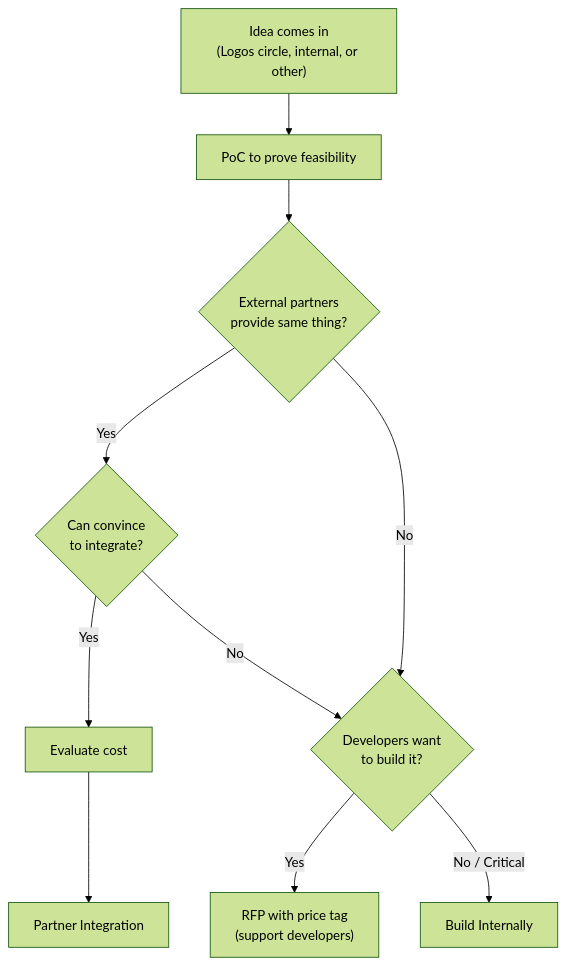
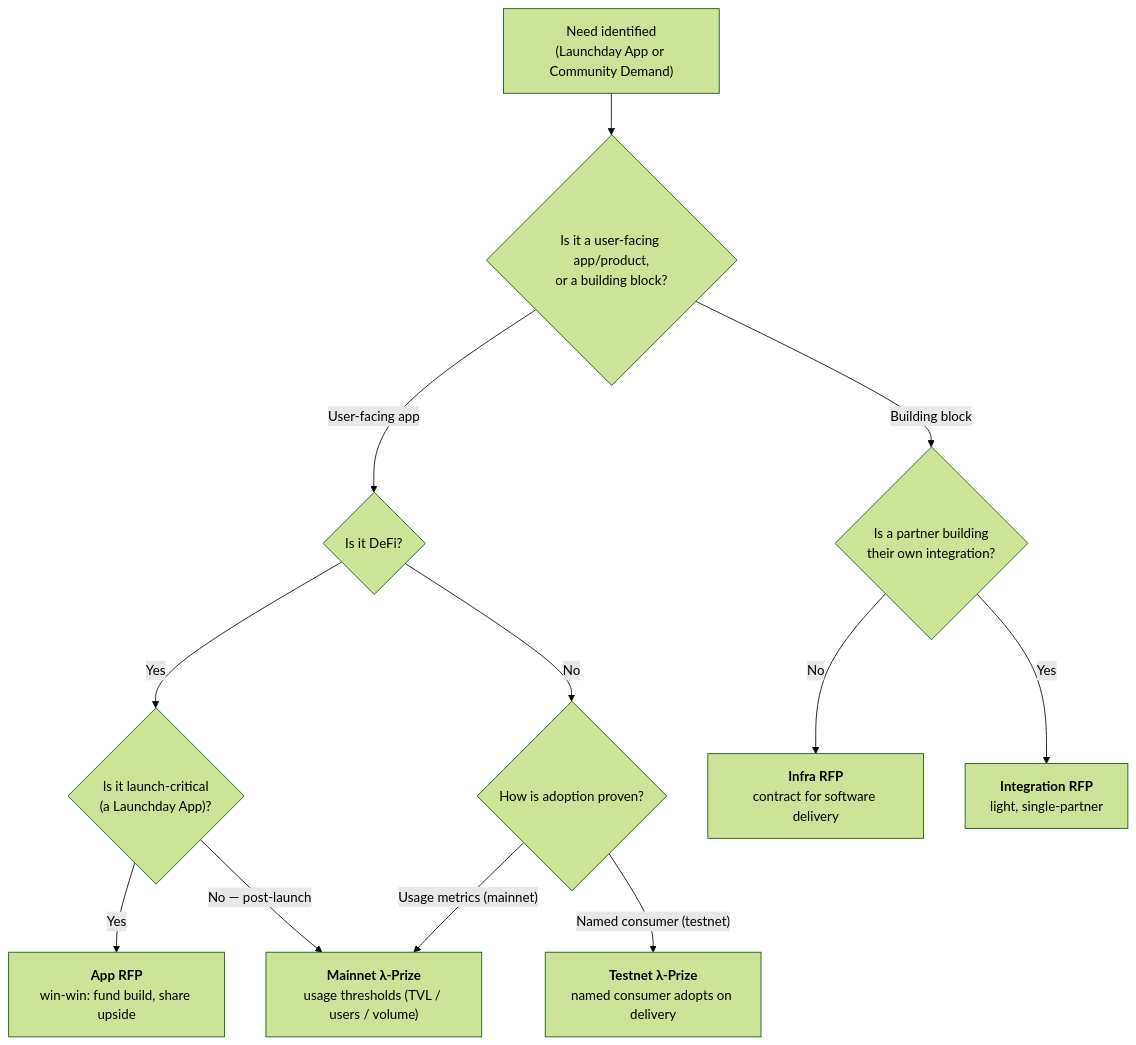
Before and after one commit to logos-co/ecosystem: the diagram in content/index.md, drawn with Mermaid (forest theme). The commit also changed other lines of this file and 2 other files, not shown here.

First line of the commit message:
Rewrite λ-Prize vs RFP model; trim and refocus homepage

````diff
--- a/content/index.md
+++ b/content/index.md
@@ -127,22 +152,27 @@
 ```mermaid
 flowchart TD
-    START["Idea comes in<br/>(Logos circle, internal, or other)"]
-    POC["PoC to prove feasibility"]
-    PARTNER{"External partners<br/>provide same thing?"}
-    CONVINCE{"Can convince<br/>to integrate?"}
-    COST["Evaluate cost"]
-    INTEGRATE["Partner Integration"]
-    DEV_INTEREST{"Developers want<br/>to build it?"}
-    RFP["RFP with price tag<br/>(support developers)"]
-    INTERNAL["Build Internally"]
+    START["Need identified<br/>(Launchday App or Community Demand)"]
+    KIND{"Is it a user-facing app/product,<br/>or a building block?"}
+    PARTNER{"Is a partner building<br/>their own integration?"}
+    DEFI{"Is it DeFi?"}
+    LAUNCHCRIT{"Is it launch-critical<br/>(a Launchday App)?"}
+    STAGE{"How is adoption proven?"}
 
-    START --> POC
-    POC --> PARTNER
-    PARTNER -->|Yes| CONVINCE
-    PARTNER -->|No| DEV_INTEREST
-    CONVINCE -->|Yes| COST
-    CONVINCE -->|No| DEV_INTEREST
-    COST --> INTEGRATE
-    DEV_INTEREST -->|Yes| RFP
-    DEV_INTEREST -->|No / Critical| INTERNAL
+    INFRA_RFP["<b>Infra RFP</b><br/>contract for software delivery"]
+    INT_RFP["<b>Integration RFP</b><br/>light, single-partner"]
+    APP_RFP["<b>App RFP</b><br/>win-win: fund build, share upside"]
+    TESTNET_LP["<b>Testnet λ-Prize</b><br/>named consumer adopts on delivery"]
+    MAINNET_LP["<b>Mainnet λ-Prize</b><br/>usage thresholds (TVL / users / volume)"]
+
+    START --> KIND
+    KIND -->|"Building block"| PARTNER
+    KIND -->|"User-facing app"| DEFI
+    PARTNER -->|Yes| INT_RFP
+    PARTNER -->|No| INFRA_RFP
+    DEFI -->|Yes| LAUNCHCRIT
+    DEFI -->|No| STAGE
+    LAUNCHCRIT -->|Yes| APP_RFP
+    LAUNCHCRIT -->|"No — post-launch"| MAINNET_LP
+    STAGE -->|"Named consumer (testnet)"| TESTNET_LP
+    STAGE -->|"Usage metrics (mainnet)"| MAINNET_LP
 ```
````
